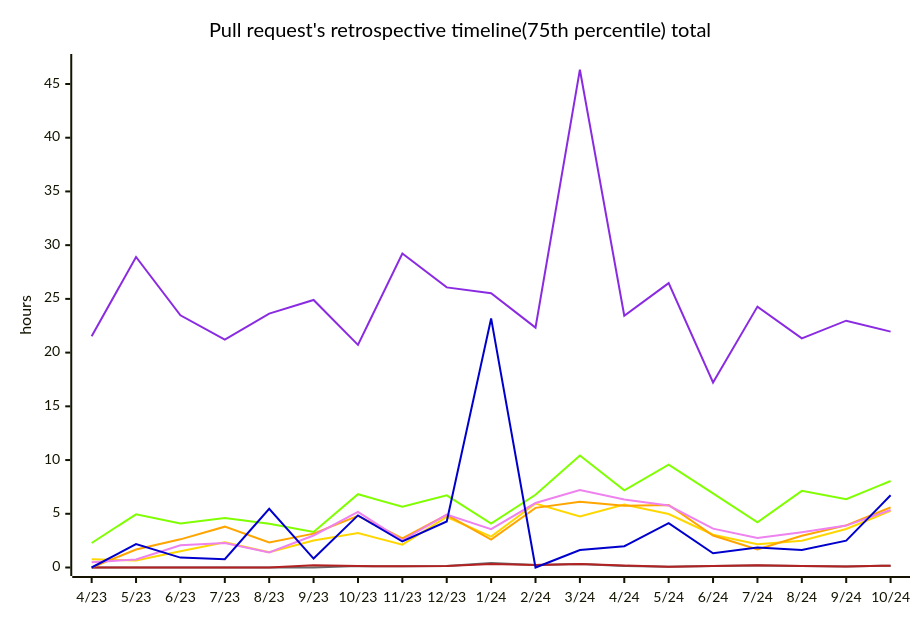
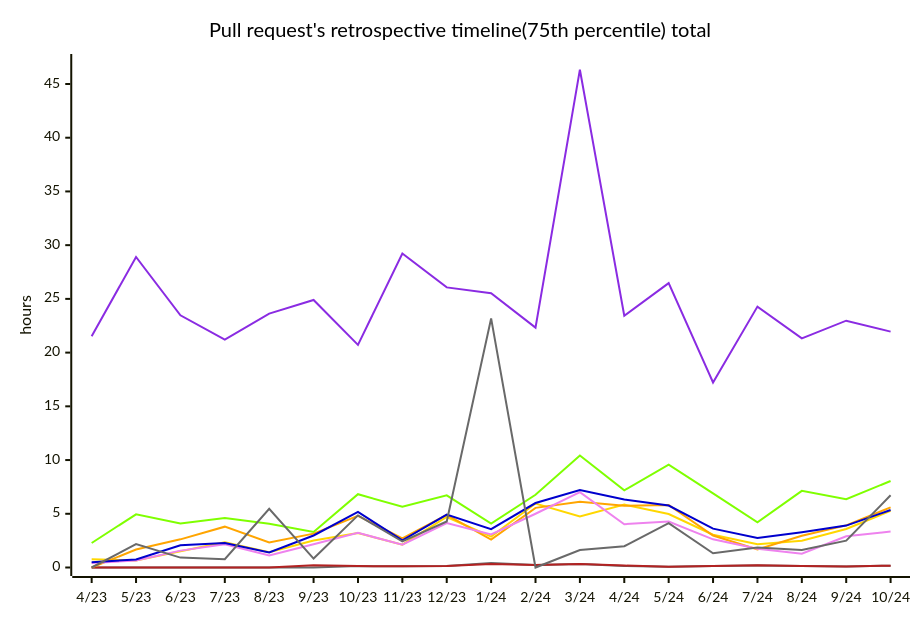
Before and after one commit to AlexSim93/pull-request-analytics-action: the fourth of 6 diagrams in README.md, drawn with Mermaid. The commit also changed other lines of this file and 27 other files, not shown here.

````diff
--- a/README.md
+++ b/README.md
@@ -149,24 +149,25 @@
 ```mermaid
 ---
 config:
     xyChart:
         width: 900
         height: 600
     themeVariables:
         xyChart:
             titleColor: "black"
             plotColorPalette: "dimgrey, firebrick, gold, chartreuse, blueviolet, orange, violet, mediumblue"
 ---
 xychart-beta
     title "Pull request's retrospective timeline(75th percentile) total"
     x-axis ["4/23", "5/23", "6/23", "7/23", "8/23", "9/23", "10/23", "11/23", "12/23", "1/24", "2/24", "3/24", "4/24", "5/24", "6/24", "7/24", "8/24", "9/24", "10/24"]
     y-axis "hours" 0 --> 47
     line [0, 0, 0, 0, 0, 0, 0.13, 0.12, 0.13, 0.42, 0.23, 0.32, 0.15, 0.08, 0.15, 0.18, 0.13, 0.1, 0.17]
 line [0, 0, 0, 0, 0, 0.22, 0.13, 0.12, 0.13, 0.32, 0.23, 0.32, 0.18, 0.08, 0.15, 0.2, 0.13, 0.1, 0.17]
 line [0.77, 0.65, 1.52, 2.35, 1.42, 2.52, 3.2, 2.13, 4.7, 2.87, 5.95, 4.75, 5.85, 4.98, 3.05, 2.17, 2.5, 3.58, 5.28]
 line [2.28, 4.95, 4.1, 4.6, 4.07, 3.3, 6.82, 5.65, 6.72, 4.08, 6.77, 10.43, 7.18, 9.58, 6.9, 4.2, 7.13, 6.35, 8.05]
 line [21.52, 28.9, 23.47, 21.2, 23.63, 24.9, 20.72, 29.22, 26.07, 25.52, 22.33, 46.33, 23.43, 26.47, 17.22, 24.28, 21.32, 22.97, 21.95]
 line [0, 1.67, 2.62, 3.8, 2.33, 3.15, 4.8, 2.72, 4.9, 2.6, 5.55, 6.12, 5.75, 5.82, 2.98, 1.68, 2.95, 3.92, 5.6]
+line [0.41, 0.65, 1.57, 2.17, 1.11, 2.17, 3.22, 2.13, 4.13, 3.07, 5, 7.02, 4.03, 4.27, 2.62, 1.75, 1.28, 2.9, 3.35]
 line [0.5, 0.75, 2.07, 2.28, 1.4, 2.98, 5.17, 2.52, 4.93, 3.57, 6, 7.22, 6.33, 5.77, 3.62, 2.75, 3.28, 3.9, 5.35]
 line [0, 2.18, 0.92, 0.77, 5.47, 0.83, 4.85, 2.42, 4.28, 23.18, 0, 1.63, 1.98, 4.13, 1.32, 1.85, 1.63, 2.5, 6.72]
 ```
````
